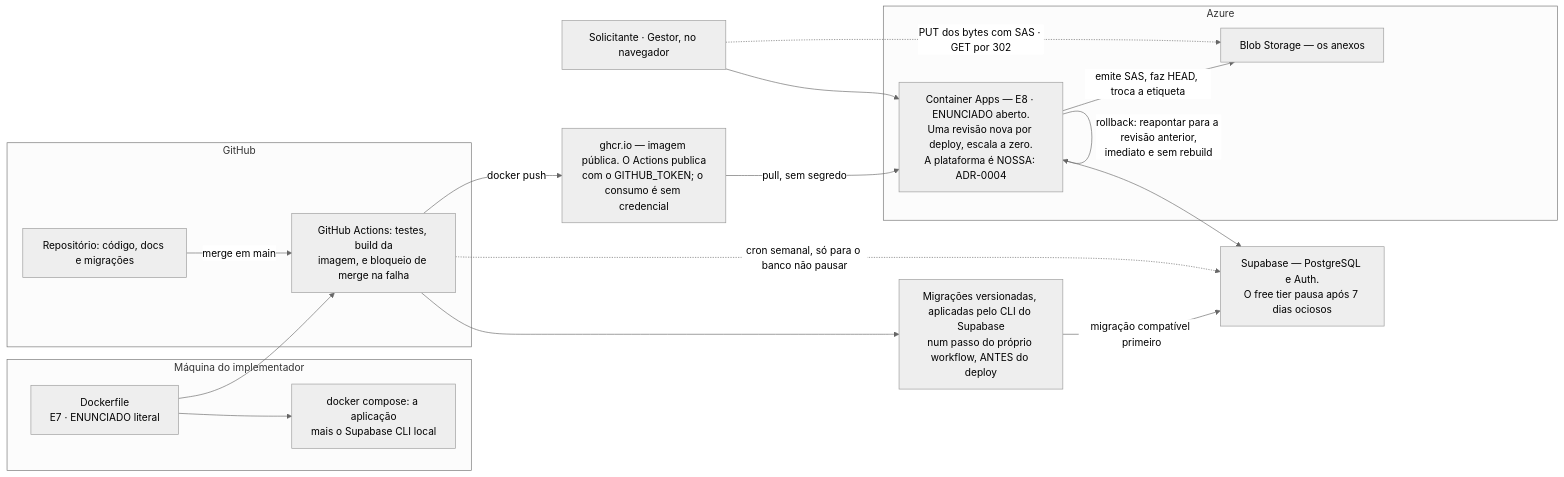
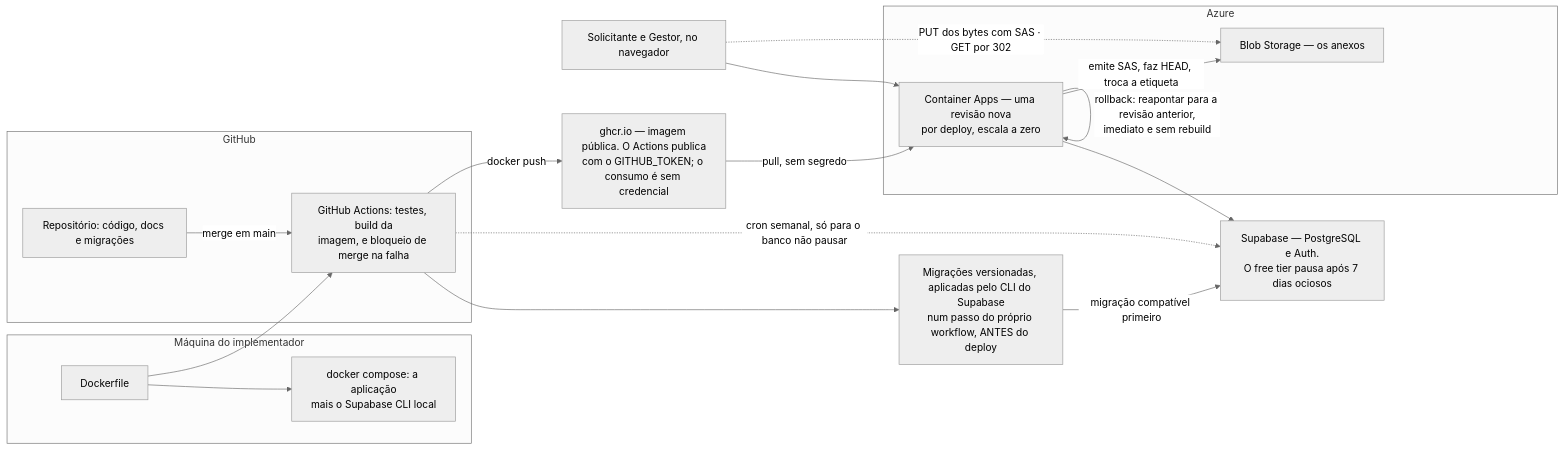
One commit to natanjunior/8FSDT-Hackathon changed the third of 3 diagrams in docs/arquitetura.md. Above: the diagram before and after it, drawn with Mermaid (neutral theme). The commit also changed other lines of this file and 1 other file, not shown here.

````diff
--- a/docs/arquitetura.md
+++ b/docs/arquitetura.md
@@ -880,38 +776,38 @@
 ```mermaid
 flowchart LR
     subgraph DEV["Máquina do implementador"]
-        DF["Dockerfile<br/>E7 · ENUNCIADO literal"]
+        DF["Dockerfile"]
         DKR["docker compose: a aplicação<br/>mais o Supabase CLI local"]
     end
 
     subgraph GH["GitHub"]
         REPO["Repositório: código, docs e migrações"]
         GA["GitHub Actions: testes, build da<br/>imagem, e bloqueio de merge na falha"]
     end
 
     GHCR["ghcr.io — imagem pública. O Actions publica<br/>com o GITHUB_TOKEN; o consumo é sem credencial"]
 
     subgraph AZ["Azure"]
-        ACA["Container Apps — E8 · ENUNCIADO aberto.<br/>Uma revisão nova por deploy, escala a zero.<br/>A plataforma é NOSSA: ADR-0004"]
+        ACA["Container Apps — uma revisão nova<br/>por deploy, escala a zero"]
         BLOB["Blob Storage — os anexos"]
     end
 
     SUPA["Supabase — PostgreSQL e Auth.<br/>O free tier pausa após 7 dias ociosos"]
-    USR["Solicitante · Gestor, no navegador"]
+    USR["Solicitante e Gestor, no navegador"]
     MIG["Migrações versionadas, aplicadas pelo CLI do Supabase<br/>num passo do próprio workflow, ANTES do deploy"]
 
     DF --> DKR
     DF --> GA
     REPO -->|"merge em main"| GA
     GA --> MIG
     MIG -->|"migração compatível primeiro"| SUPA
     GA -->|"docker push"| GHCR
     GHCR -->|"pull, sem segredo"| ACA
     GA -.->|"cron semanal, só para o banco não pausar"| SUPA
 
     USR --> ACA
     ACA --> SUPA
     ACA -->|"emite SAS, faz HEAD, troca a etiqueta"| BLOB
     USR -.->|"PUT dos bytes com SAS · GET por 302"| BLOB
     ACA -->|"rollback: reapontar para a revisão anterior,<br/>imediato e sem rebuild"| ACA
 ```
````
